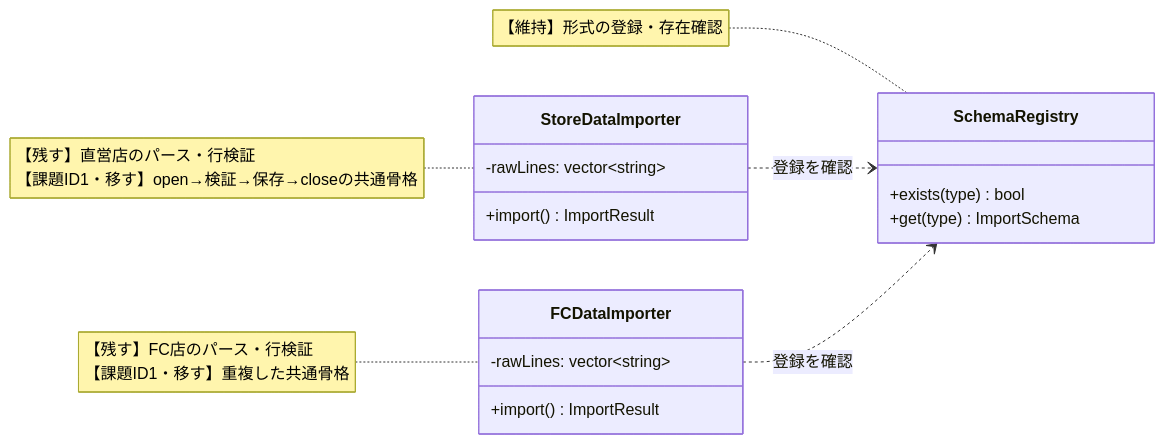
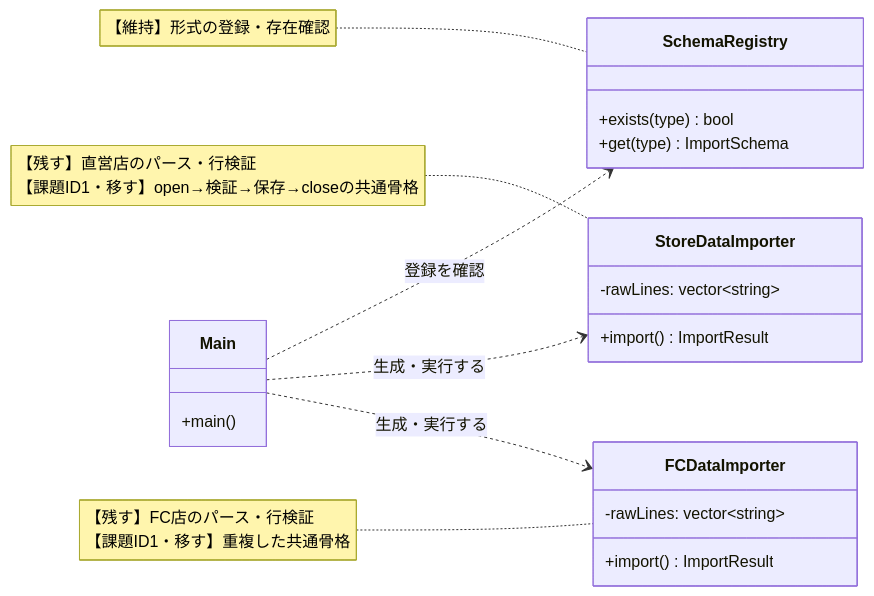
The eighth of 17 diagrams in kindle/design-patterns/output/chapter04.md (kumachan1101-pixel/DesignPattern), drawn with Mermaid before and after one commit. The commit also changed other lines of this file and 1 other file, not shown here.

Commit message:
LOGIC-005完了：図の辺をコードの実態へ付け替え（第4・9章, #62）
クラス図・シーケンス図の辺が、コード上のメンバ・呼び出しと対応して
いなかった問題を残る2章で解消した（第2章 LOGIC-202、第6章 LOGIC-605、
第8章 LOGIC-805、第11章 LOGIC-1110 は先行コミットで対応済み）。

- 第4章 LOGIC-406：変更前図の「StoreDataImporter ..> SchemaRegistry」は、
  1-4で registry を確認するのが main() であることと矛盾していた。Main
  ノードを定義して起点を付け替えた。採用図・完成図の
  「StoreDataImporter --> SchemaRegistry」も、最終コードで registry を
  持つのは BatchApplication だけなので同クラス起点へ直した。
- 第9章 LOGIC-908：課題ID1部分図にある
  「TicketService --> ITicketPhase」が採用全体図・完成図に無かった。
  コードでは TicketService が t.phase->assign() を直接呼ぶため、
  両図へ同じ辺を追加して部分図が全体図の部分集合になるようにした。
- 第9章 LOGIC-912：完成後シーケンス図が TicketService から
  PremiumPriority へ直接 getPriority() を呼んでいたが、コードは
  policies.priorityRule(type) で TicketPolicySet を経由する。
  PolicySet を参加者へ追加した。LOGIC-902 で加えた exists() チェックも
  図へ反映し、escalate() が void である点に合わせて戻りの表記も
  「標準出力へ」に直した。

検証: validate_book.py PASS（15章）、check_execution_output.py PASS、
check_kindle.py PASS、git diff --check PASS。

Claude-Session: https://claude.ai/code/session_01X19DXViPvng1J3iSEzh2HH

````diff
--- a/kindle/design-patterns/output/chapter04.md
+++ b/kindle/design-patterns/output/chapter04.md
@@ -1255,24 +1255,28 @@
 ```mermaid
 classDiagram
     direction LR
     class StoreDataImporter {
         -rawLines: vector~string~
         +import() ImportResult
     }
     class FCDataImporter {
         -rawLines: vector~string~
         +import() ImportResult
     }
     class SchemaRegistry {
         +exists(type) bool
         +get(type) ImportSchema
     }
-    StoreDataImporter ..> SchemaRegistry : 登録を確認
-    FCDataImporter ..> SchemaRegistry : 登録を確認
+    class Main {
+        +main()
+    }
+    Main ..> SchemaRegistry : 登録を確認
+    Main ..> StoreDataImporter : 生成・実行する
+    Main ..> FCDataImporter : 生成・実行する
     note for StoreDataImporter "【残す】直営店のパース・行検証<br/>【課題ID1・移す】open→検証→保存→closeの共通骨格"
     note for FCDataImporter "【残す】FC店のパース・行検証<br/>【課題ID1・移す】重複した共通骨格"
     note for SchemaRegistry "【維持】形式の登録・存在確認"
 
     classDef focus fill:#FFF2CC,stroke:#D6B656,stroke-width:2px,color:#222222
     cssClass "StoreDataImporter,FCDataImporter" focus
 ```
````
